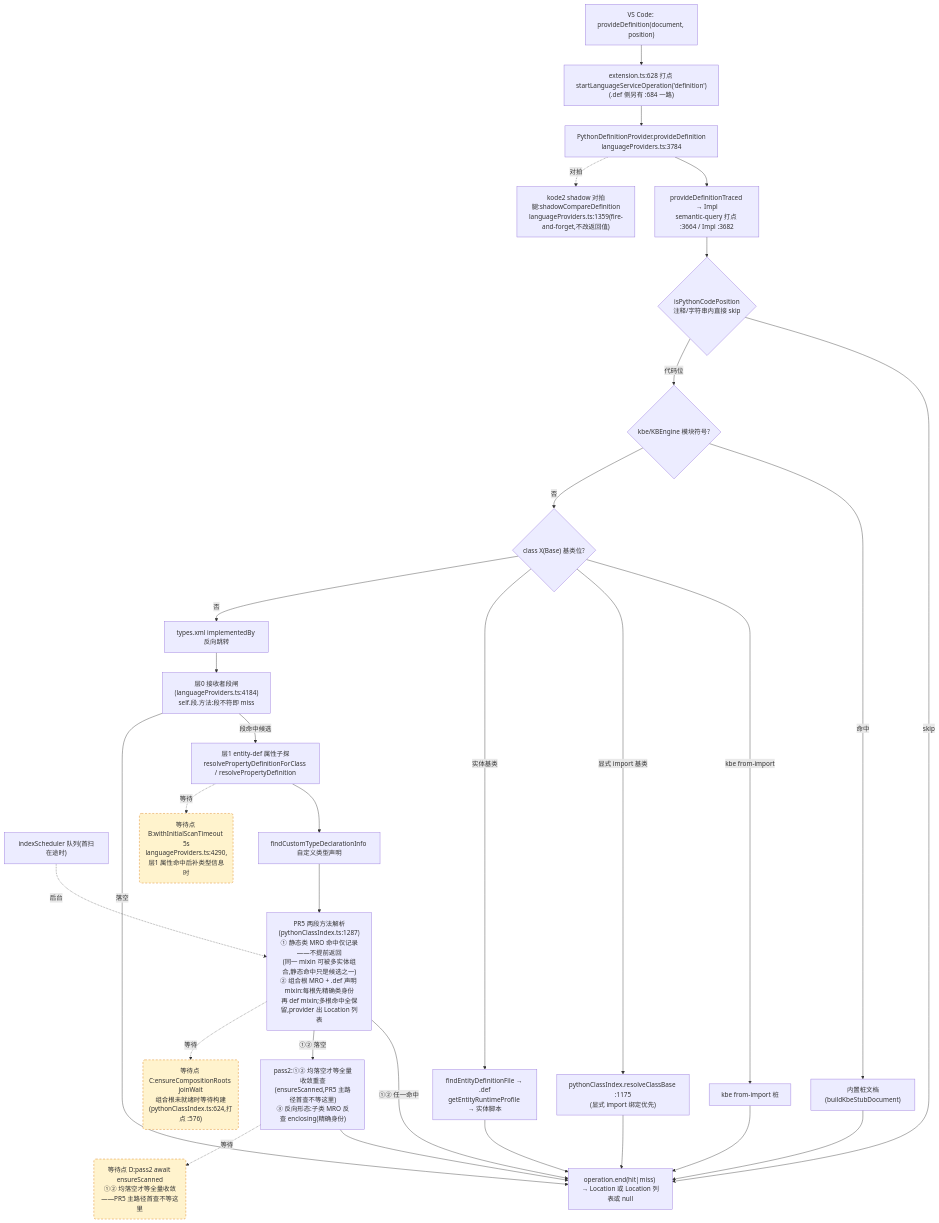
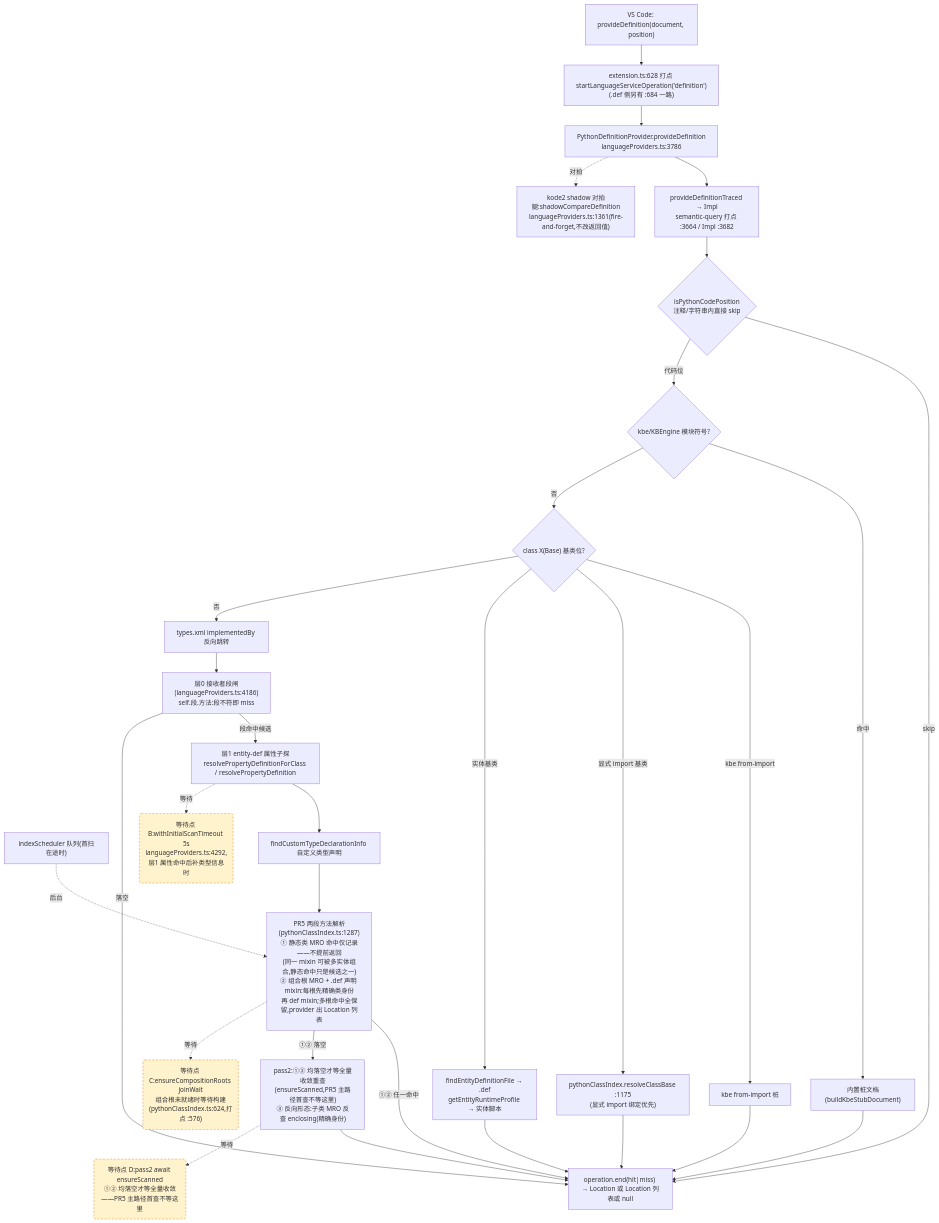
The second of 4 diagrams in docs/perf/2026-baseline.md (cuihairu/kode), drawn with Mermaid before and after one commit. The commit also changed other lines of this file and 6 other files, not shown here.

````diff
--- a/docs/perf/2026-baseline.md
+++ b/docs/perf/2026-baseline.md
@@ -130,51 +130,51 @@
 ```mermaid
 flowchart TD
   VC2["VS Code: provideDefinition(document, position)"]
   M2["extension.ts:628 打点 startLanguageServiceOperation('definition')<br/>(.def 侧另有 :684 一路)"]
-  AD2["PythonDefinitionProvider.provideDefinition<br/>languageProviders.ts:3784"]
+  AD2["PythonDefinitionProvider.provideDefinition<br/>languageProviders.ts:3786"]
   TR["provideDefinitionTraced → Impl<br/>semantic-query 打点 :3664 / Impl :3682"]
   CTX{"isPythonCodePosition<br/>注释/字符串内直接 skip"}
   KBE{"kbe/KBEngine 模块符号?"}
   STUB["内置桩文档(buildKbeStubDocument)"]
   CB{"class X(Base) 基类位?"}
   CB1["kbe from-import 桩"]
   CB2["pythonClassIndex.resolveClassBase :1175<br/>(显式 import 绑定优先)"]
   CB3["findEntityDefinitionFile → .def<br/>getEntityRuntimeProfile → 实体脚本"]
   REV["types.xml implementedBy 反向跳转"]
-  L0["层0 接收者段闸(languageProviders.ts:4184)<br/>self.段.方法:段不符即 miss"]
+  L0["层0 接收者段闸(languageProviders.ts:4186)<br/>self.段.方法:段不符即 miss"]
   L1["层1 entity-def 属性子探<br/>resolvePropertyDefinitionForClass / resolvePropertyDefinition"]
   SCAN["indexScheduler 队列(首扫在途时)"]
   TY["findCustomTypeDeclarationInfo 自定义类型声明"]
   MRO["PR5 两段方法解析(pythonClassIndex.ts:1287)<br/>① 静态类 MRO 命中仅记录——不提前返回<br/>(同一 mixin 可被多实体组合,静态命中只是候选之一)<br/>② 组合根 MRO + .def 声明 mixin:每根先精确类身份<br/>再 def mixin;多根命中全保留,provider 出 Location 列表"]
   PASS2["pass2:①② 均落空才等全量收敛重查<br/>(ensureScanned,PR5 主路径首查不等这里)<br/>③ 反向形态:子类 MRO 反查 enclosing(精确身份)"]
-  SHD["kode2 shadow 对拍腿:shadowCompareDefinition<br/>languageProviders.ts:1359(fire-and-forget,不改返回值)"]
+  SHD["kode2 shadow 对拍腿:shadowCompareDefinition<br/>languageProviders.ts:1361(fire-and-forget,不改返回值)"]
   END2["operation.end(hit|miss) → Location 或 Location 列表或 null"]
 
   VC2 --> M2 --> AD2 --> TR --> CTX
   CTX -- "skip" --> END2
   CTX -- "代码位" --> KBE
   KBE -- "命中" --> STUB --> END2
   KBE -- "否" --> CB
   CB -- "kbe from-import" --> CB1 --> END2
   CB -- "显式 import 基类" --> CB2 --> END2
   CB -- "实体基类" --> CB3 --> END2
   CB -- "否" --> REV --> L0
   L0 -- "段命中候选" --> L1
   L0 -- "落空" --> END2
   L1 --> TY
   TY --> MRO
   MRO -- "①② 任一命中" --> END2
   MRO -- "①② 落空" --> PASS2 --> END2
   AD2 -.->|对拍| SHD
 
-  WAITB("等待点 B:withInitialScanTimeout 5s<br/>languageProviders.ts:4290,层1 属性命中后补类型信息时")
+  WAITB("等待点 B:withInitialScanTimeout 5s<br/>languageProviders.ts:4292,层1 属性命中后补类型信息时")
   WAITC("等待点 C:ensureCompositionRoots joinWait<br/>组合根未就绪时等待构建(pythonClassIndex.ts:624,打点 :576)")
   WAITD("等待点 D:pass2 await ensureScanned<br/>①② 均落空才等全量收敛——PR5 主路径首查不等这里")
   L1 -.->|等待| WAITB
   MRO -.->|等待| WAITC
   PASS2 -.->|等待| WAITD
   SCAN -.->|后台| MRO
 
   classDef waitPoint fill:#fff3cd,stroke:#d97706,stroke-dasharray:5 4;
   class WAITB,WAITC,WAITD waitPoint;
 ```
````
